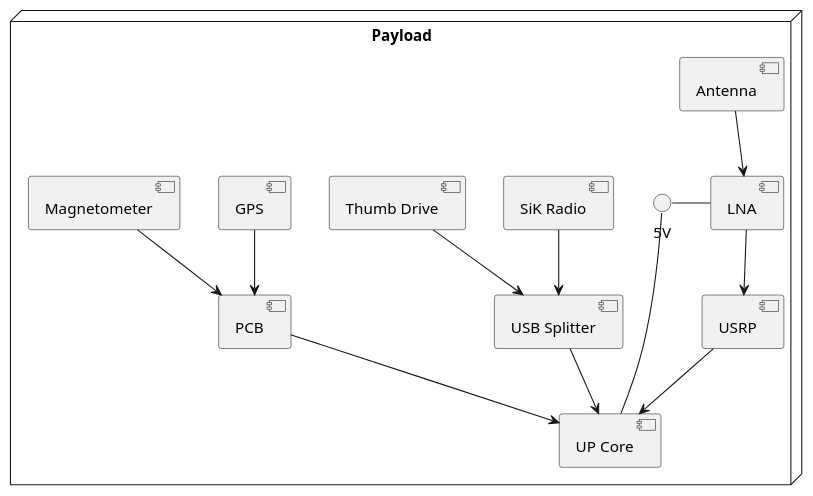
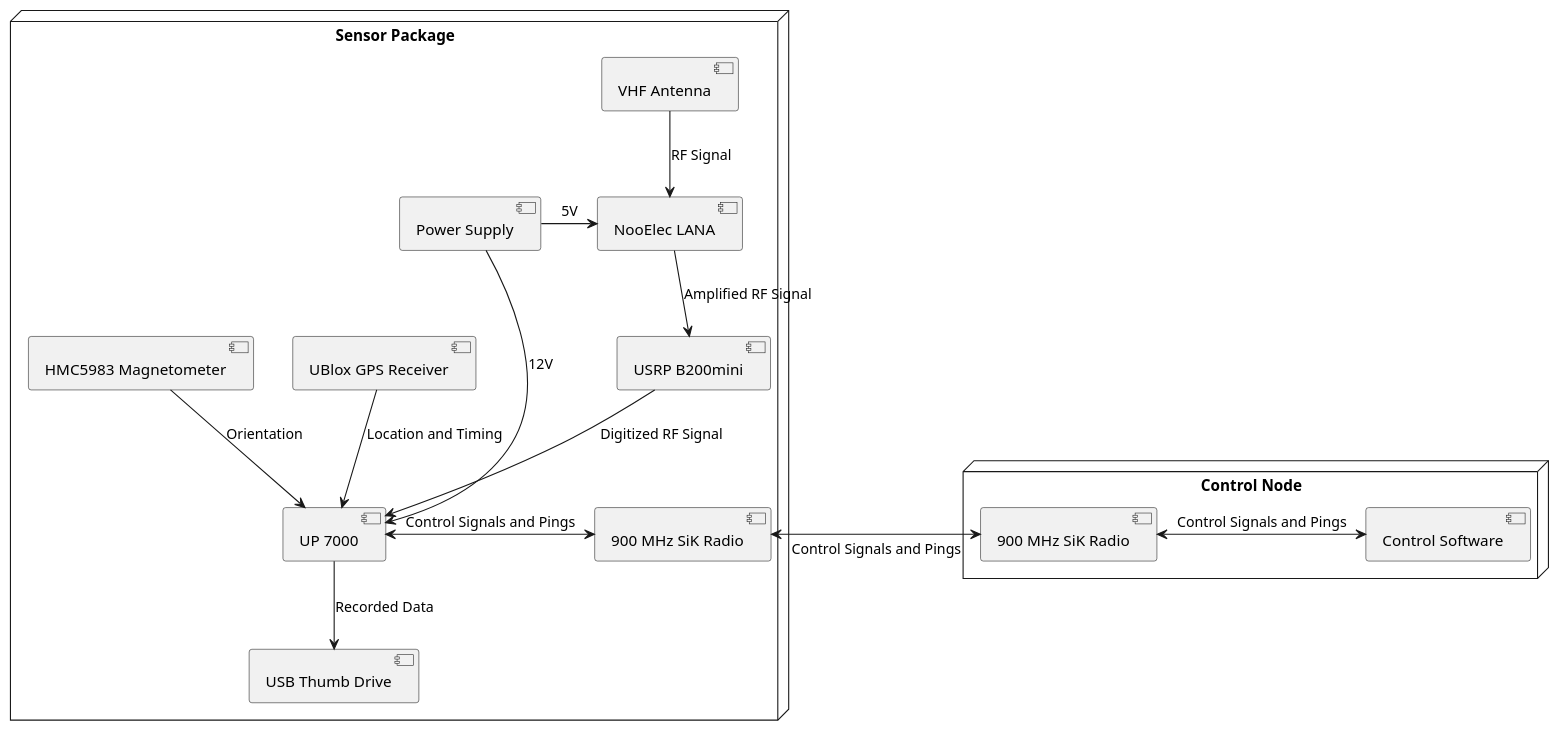
One commit to UCSD-E4E/radio-telemetry-tracker-docs changed the second of 2 diagrams in notebook/system_components.md. Above: the diagram before and after it, drawn with PlantUML. The commit also changed other lines of this file, not shown here.

Commit message:
docs: Updates diagrams

````diff
--- a/notebook/system_components.md
+++ b/notebook/system_components.md
@@ -15,31 +48,36 @@
 ```plantuml
-@startuml system
-node "Payload" {
-  5V - [UP Core]
+@startuml Implemented Electronic Components
+node "Sensor Package" {
+  [UP 7000] as obc
+  [USRP B200mini] as sdr
+  [NooElec LANA] as lna
+  [VHF Antenna] as ant
+  [900 MHz SiK Radio] as node_telem
+  [USB Thumb Drive] as recorder
+  [UBlox GPS Receiver] as gps
+  [HMC5983 Magnetometer] as compass
 
-  [USRP]
-  5V - [LNA]
-  [Antenna]
+  [Power Supply] as psu
 
-  [USB Splitter]
-  [SiK Radio]
-  [Thumb Drive]
+  ant --> lna : RF Signal
+  lna --> sdr : Amplified RF Signal
+  sdr --> obc : Digitized RF Signal
+  gps --> obc : Location and Timing
+  compass --> obc : Orientation
+  obc <-> node_telem : Control Signals and Pings
+  obc --> recorder : Recorded Data
 
-  [PCB]
-  [GPS]
-  [Magnetometer]
+  psu -> lna : 5V
+  psu -> obc : 12V
 }
 
-[Antenna] --> [LNA]
-[LNA] --> [USRP]
-[USRP] --> [UP Core]
+node "Control Node" {
+  [Control Software] as gcs
+  [900 MHz SiK Radio] as gcs_telem
 
-[SiK Radio] --> [USB Splitter]
-[Thumb Drive] --> [USB Splitter]
-[USB Splitter] --> [UP Core]
+  gcs_telem <-> gcs : Control Signals and Pings
+}
 
-[GPS] --> [PCB]
-[Magnetometer] --> [PCB]
-[PCB] --> [UP Core]
+node_telem <-> gcs_telem : Control Signals and Pings
 @enduml
 ```
````
